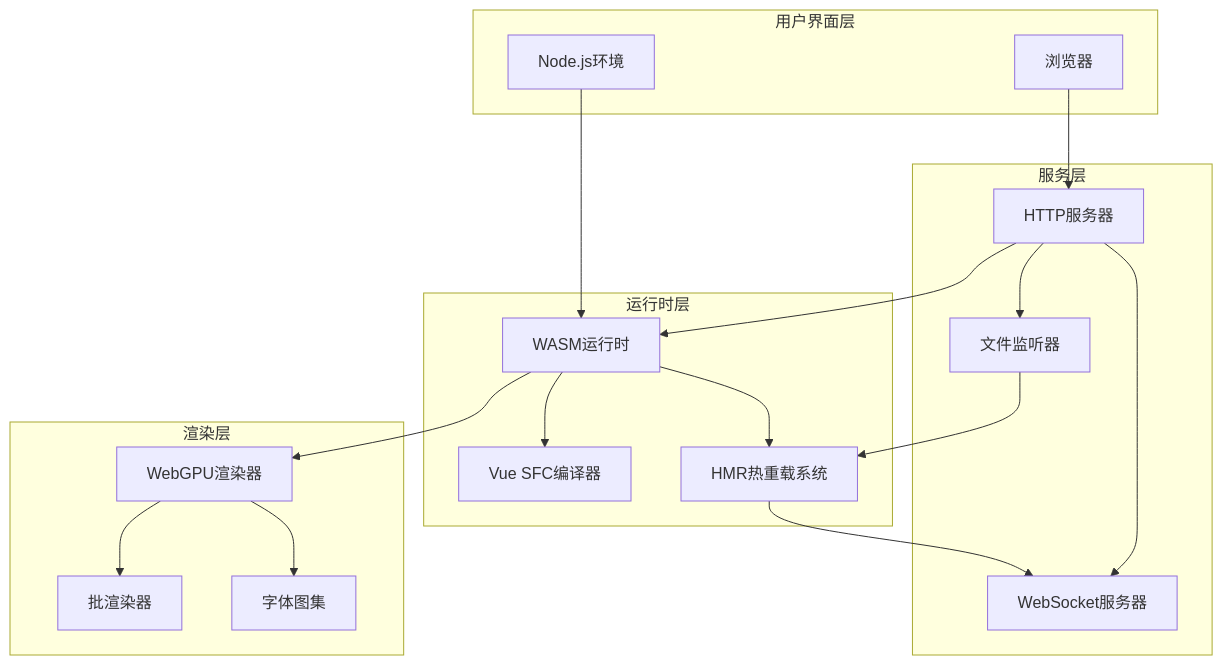
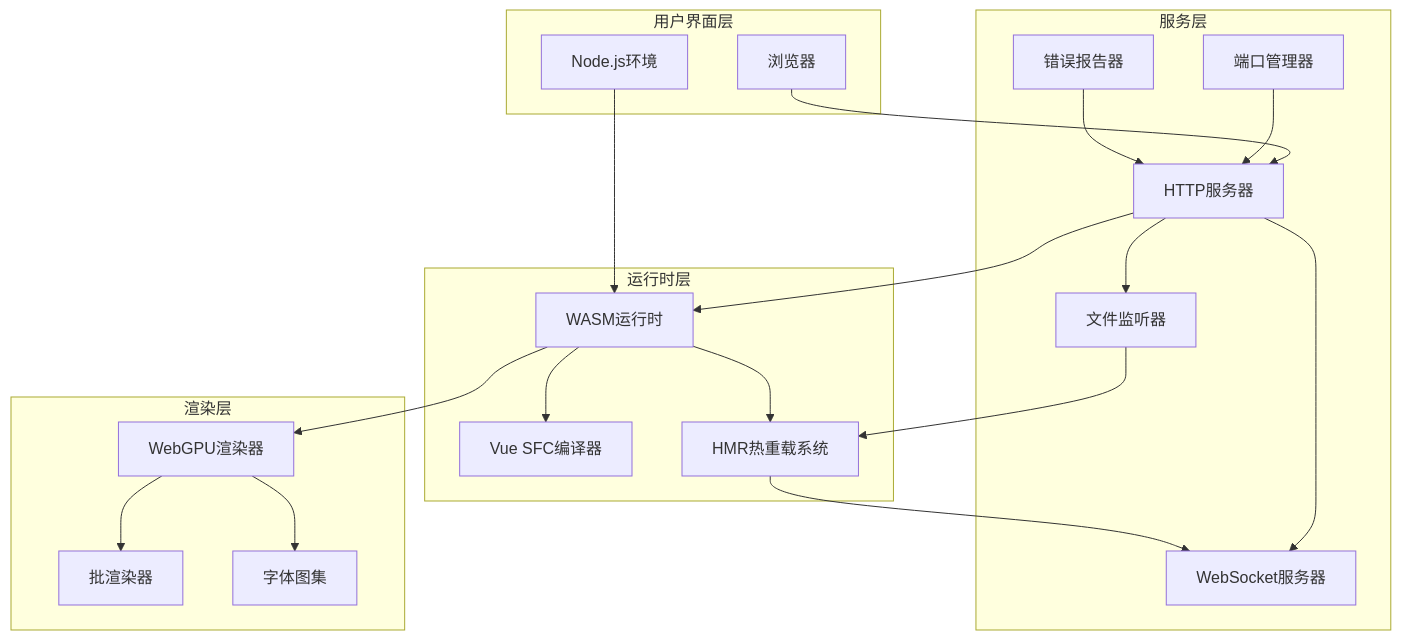
Before and after one commit to itszzl-sudo/iris: the fourth of 10 diagrams in .qoder/repowiki/zh/content/核心功能特性/Iris WASM开发服务器.md, drawn with Mermaid. The commit also changed other lines of this file and 34 other files, not shown here.

````diff
--- a/.qoder/repowiki/zh/content/核心功能特性/Iris WASM开发服务器.md
+++ b/.qoder/repowiki/zh/content/核心功能特性/Iris WASM开发服务器.md
@@ -169,34 +179,38 @@
 ```mermaid
 graph TB
 subgraph "用户界面层"
 Browser[浏览器]
 NodeJS[Node.js环境]
 end
 subgraph "运行时层"
 WASM[WASM运行时]
 Compiler[Vue SFC编译器]
 HMR[HMR热重载系统]
 end
 subgraph "服务层"
 HTTP[HTTP服务器]
 WebSocket[WebSocket服务器]
 FileWatcher[文件监听器]
+PortManager[端口管理器]
+ErrorReporter[错误报告器]
 end
 subgraph "渲染层"
 GPU[WebGPU渲染器]
 BatchRenderer[批渲染器]
 FontAtlas[字体图集]
 end
 Browser --> HTTP
 NodeJS --> WASM
 WASM --> Compiler
 WASM --> HMR
 HTTP --> FileWatcher
 HTTP --> WebSocket
 HTTP --> WASM
 HMR --> WebSocket
 FileWatcher --> HMR
 WASM --> GPU
 GPU --> BatchRenderer
 GPU --> FontAtlas
+PortManager --> HTTP
+ErrorReporter --> HTTP
 ```
````
